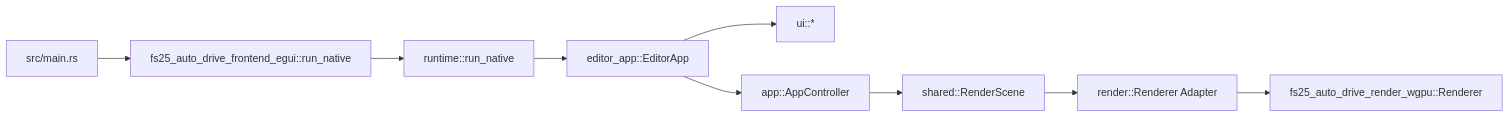
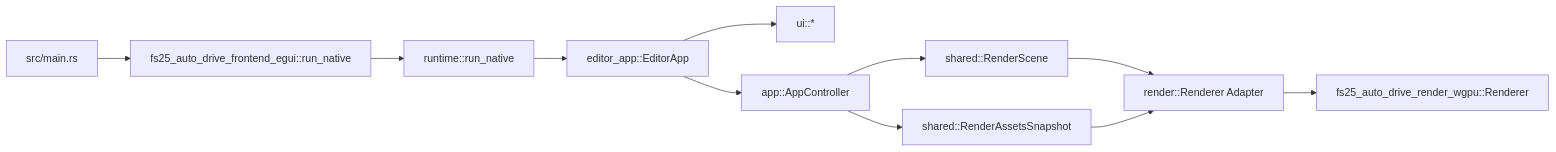
Before and after one commit to mro68/fs25_ad_editor: the diagram in crates/fs25_auto_drive_frontend_egui/API.md, drawn with Mermaid. The commit also changed other lines of this file and 18 other files, not shown here.

````diff
--- a/crates/fs25_auto_drive_frontend_egui/API.md
+++ b/crates/fs25_auto_drive_frontend_egui/API.md
@@ -46,11 +47,13 @@
 ```mermaid
 flowchart LR
 	MAIN[src/main.rs] --> ENTRY[fs25_auto_drive_frontend_egui::run_native]
 	ENTRY --> RUNTIME[runtime::run_native]
 	RUNTIME --> EDITOR[editor_app::EditorApp]
 	EDITOR --> UI[ui::*]
 	EDITOR --> CTRL[app::AppController]
 	CTRL --> SCENE[shared::RenderScene]
+	CTRL --> ASSETS[shared::RenderAssetsSnapshot]
 	SCENE --> RENDER[render::Renderer Adapter]
+	ASSETS --> RENDER
 	RENDER --> CORE[fs25_auto_drive_render_wgpu::Renderer]
 ```
````
